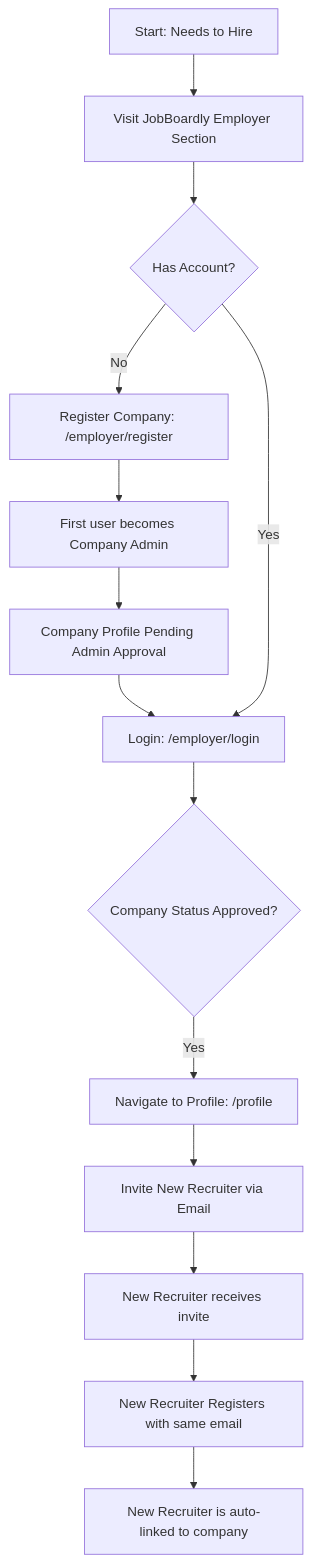
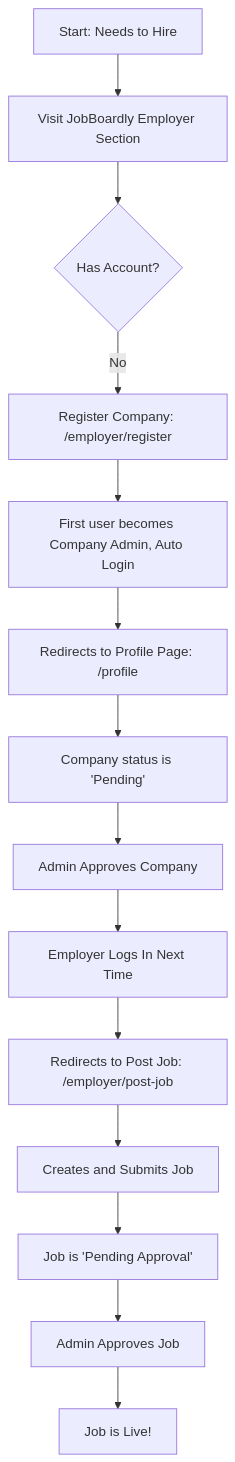
Before and after one commit to KishoreKammela/JobBoardly: the first of 3 diagrams in docs/guides/02-employer-guide.md, drawn with Mermaid. The commit also changed other lines of this file and 8 other files, not shown here.

````diff
--- a/docs/guides/02-employer-guide.md
+++ b/docs/guides/02-employer-guide.md
@@ -85,16 +86,16 @@
 ```mermaid
 graph TD
     A[Start: Needs to Hire] --> B[Visit JobBoardly Employer Section]
     B --> C{Has Account?}
     C -->|No| D[Register Company: /employer/register]
-    D --> E[First user becomes Company Admin]
-    E --> F[Company Profile Pending Admin Approval]
-    F --> G[Login: /employer/login]
-    G --> H{Company Status Approved?}
-    H -->|Yes| I[Navigate to Profile: /profile]
-    I --> J[Invite New Recruiter via Email]
-    J --> K[New Recruiter receives invite]
-    K --> L[New Recruiter Registers with same email]
-    L --> M[New Recruiter is auto-linked to company]
-    C -->|Yes| G
+    D --> E[First user becomes Company Admin, Auto Login]
+    E --> F[Redirects to Profile Page: /profile]
+    F --> G[Company status is 'Pending']
+    G --> H[Admin Approves Company]
+    H --> I[Employer Logs In Next Time]
+    I --> J[Redirects to Post Job: /employer/post-job]
+    J --> K[Creates and Submits Job]
+    K --> L[Job is 'Pending Approval']
+    L --> M[Admin Approves Job]
+    M --> N[Job is Live!]
 ```
````
